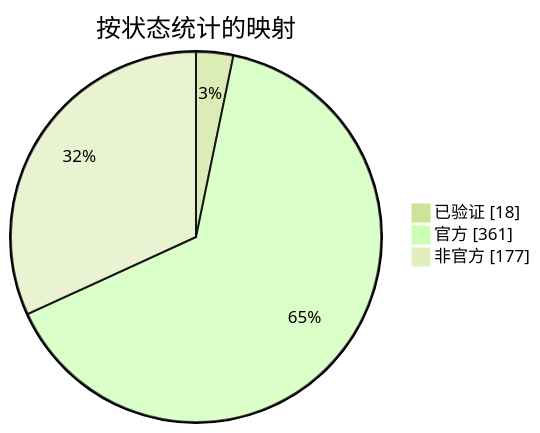
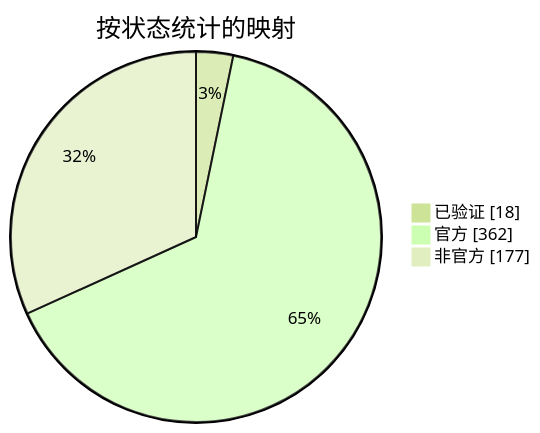
One commit to nobrega8/mbmap-library changed the diagram in docs/readme/README_ZHS.md. Above: the diagram before and after it, drawn with Mermaid (forest theme). The commit also changed 6 other files, not shown here.

````diff
--- a/docs/readme/README_ZHS.md
+++ b/docs/readme/README_ZHS.md
@@ -54,7 +54,7 @@
 ```mermaid
 pie showData
     title 按状态统计的映射
     "已验证" : 18
-    "官方" : 361
+    "官方" : 362
     "非官方" : 177
 ```
````
